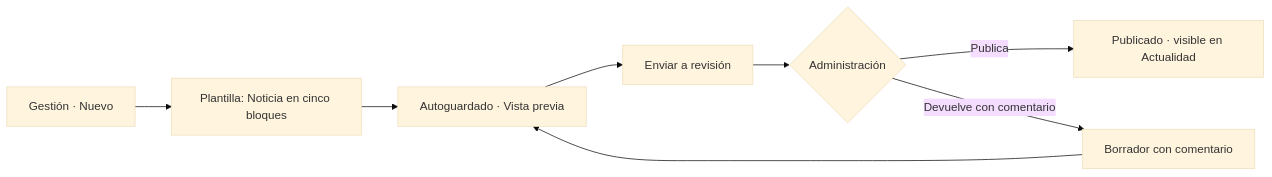
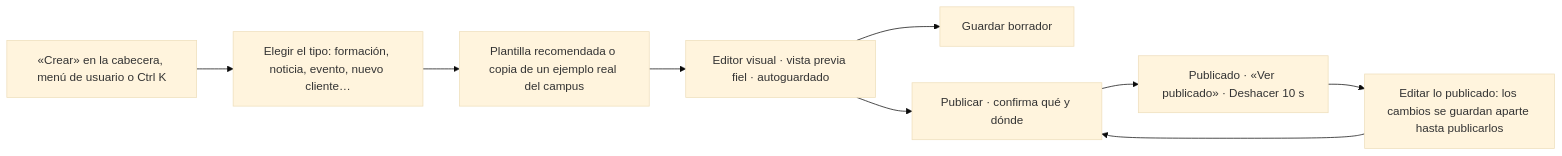
Before and after one commit to megalovaniatic/flm-campus: the fifth of 6 diagrams in docs/04-arquitectura-y-recorridos.md, drawn with Mermaid (base theme). The commit also changed other lines of this file and 211 other files, not shown here.

````diff
--- a/docs/04-arquitectura-y-recorridos.md
+++ b/docs/04-arquitectura-y-recorridos.md
@@ -88,10 +90,11 @@
 ```mermaid
 flowchart LR
-  A[Gestión · Nuevo] --> B[Plantilla: Noticia en cinco bloques]
-  B --> C[Autoguardado · Vista previa]
-  C --> D[Enviar a revisión]
-  D --> E{Administración}
-  E -->|Publica| F[Publicado · visible en Actualidad]
-  E -->|Devuelve con comentario| G[Borrador con comentario]
-  G --> C
+  A[«Crear» en la cabecera, menú de usuario o Ctrl K] --> B[Elegir el tipo: formación, noticia, evento, nuevo cliente…]
+  B --> C[Plantilla recomendada o copia de un ejemplo real del campus]
+  C --> D[Editor visual · vista previa fiel · autoguardado]
+  D --> E[Guardar borrador]
+  D --> F[Publicar · confirma qué y dónde]
+  F --> G[Publicado · «Ver publicado» · Deshacer 10 s]
+  G --> H[Editar lo publicado: los cambios se guardan aparte hasta publicarlos]
+  H --> F
 ```
````
